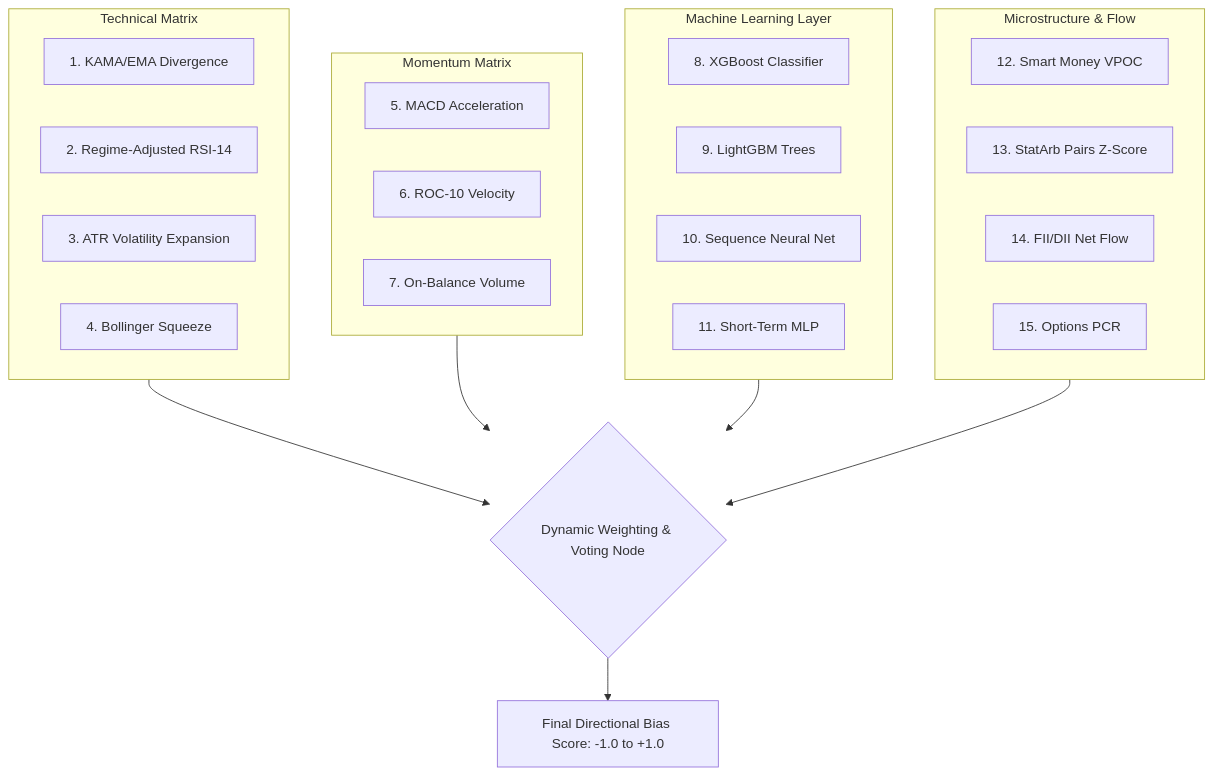
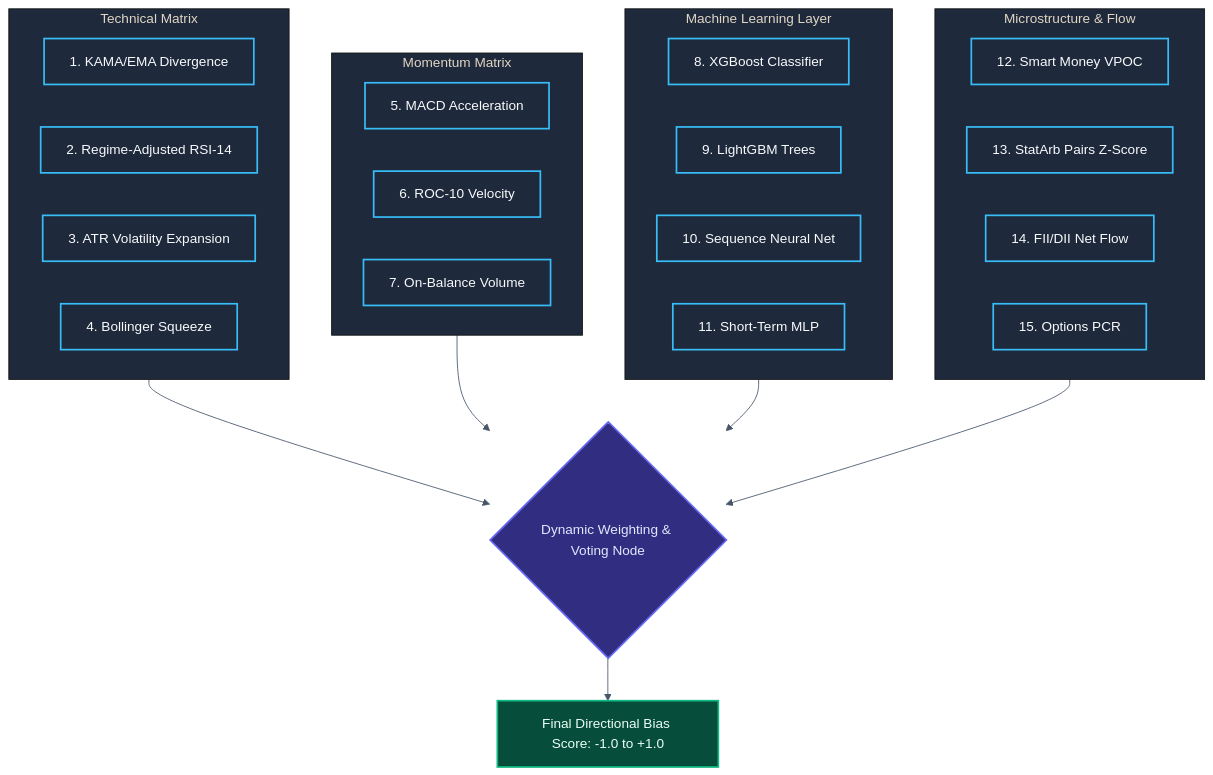
Before and after one commit to SaiSiddharthBS/MarketAnalyser: the third of 5 diagrams in README.md, drawn with Mermaid. The commit also changed other lines of this file, not shown here.

Commit message:
docs: Fix mermaid diagram text clipping and apply custom styling to all diagrams

````diff
--- a/README.md
+++ b/README.md
@@ -176,38 +186,48 @@
 ```mermaid
+%%{init: {'theme': 'base', 'themeVariables': { 'primaryColor': '#1a1a2e', 'primaryTextColor': '#e2e8f0', 'primaryBorderColor': '#38bdf8', 'lineColor': '#475569', 'secondaryColor': '#0f172a', 'tertiaryColor': '#1e293b'}}}%%
 graph TD
     subgraph Technical["Technical Matrix"]
         M1["1. KAMA/EMA Divergence"]
         M2["2. Regime-Adjusted RSI-14"]
         M3["3. ATR Volatility Expansion"]
         M4["4. Bollinger Squeeze"]
     end
     
     subgraph Momentum["Momentum Matrix"]
         M5["5. MACD Acceleration"]
         M6["6. ROC-10 Velocity"]
         M7["7. On-Balance Volume"]
     end
     
     subgraph MachineLearning["Machine Learning Layer"]
         M8["8. XGBoost Classifier"]
         M9["9. LightGBM Trees"]
         M10["10. Sequence Neural Net"]
         M11["11. Short-Term MLP"]
     end
     
     subgraph Microstructure["Microstructure & Flow"]
         M12["12. Smart Money VPOC"]
         M13["13. StatArb Pairs Z-Score"]
         M14["14. FII/DII Net Flow"]
         M15["15. Options PCR"]
     end
     
     Vote{"Dynamic Weighting & Voting Node"}
     
     Technical --> Vote
     Momentum --> Vote
     MachineLearning --> Vote
     Microstructure --> Vote
     
     Vote --> Output["Final Directional Bias Score: -1.0 to +1.0"]
+
+    classDef default fill:#0f172a,stroke:#334155,stroke-width:2px,color:#e2e8f0;
+    classDef model fill:#1e293b,stroke:#38bdf8,stroke-width:2px,color:#f8fafc;
+    classDef decision fill:#312e81,stroke:#6366f1,stroke-width:2px,color:#e0e7ff;
+    classDef result fill:#064e3b,stroke:#10b981,stroke-width:2px,color:#ecfdf5;
+
+    class M1,M2,M3,M4,M5,M6,M7,M8,M9,M10,M11,M12,M13,M14,M15 model;
+    class Vote decision;
+    class Output result;
 ```
````
